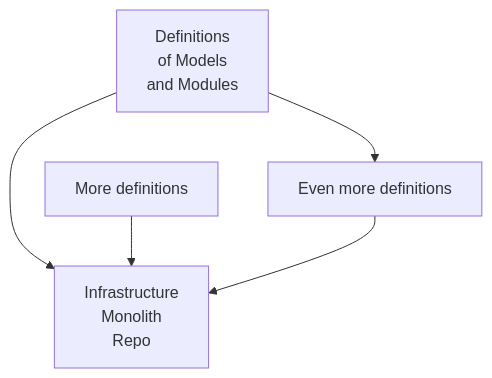
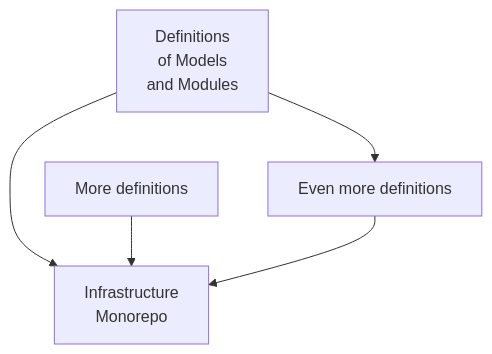
One commit to quadnix/octo changed the third of 3 diagrams in apps/octo-docs/docs/philosophy.mdx. Above: the diagram before and after it, drawn with Mermaid. The commit also changed other lines of this file and 2 other files, not shown here.

````diff
--- a/apps/octo-docs/docs/philosophy.mdx
+++ b/apps/octo-docs/docs/philosophy.mdx
@@ -154,12 +157,12 @@
 ```mermaid
 graph TD;
-  repoA[Definitions \n of Models \n and Modules]
+  repoA[Definitions <br> of Models <br> and Modules]
   repoB[More definitions]
   repoC[Even more definitions]
-  infraRepo[Infrastructure \n Monolith \n Repo]
+  infraRepo[Infrastructure <br> Monorepo]
 
   repoA --> repoC;
   repoA --> infraRepo;
   repoB --> infraRepo;
   repoC --> infraRepo;
 ```
````
